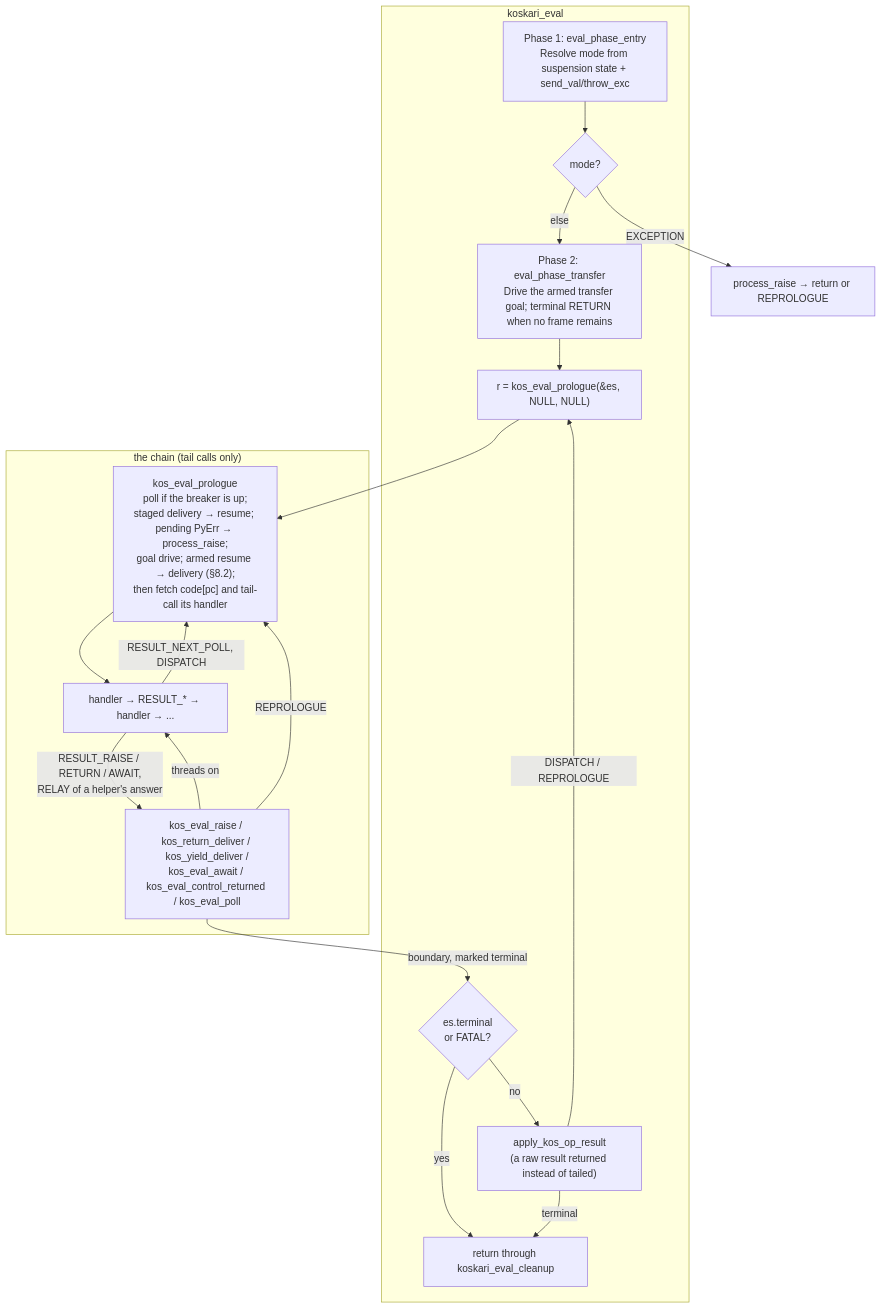
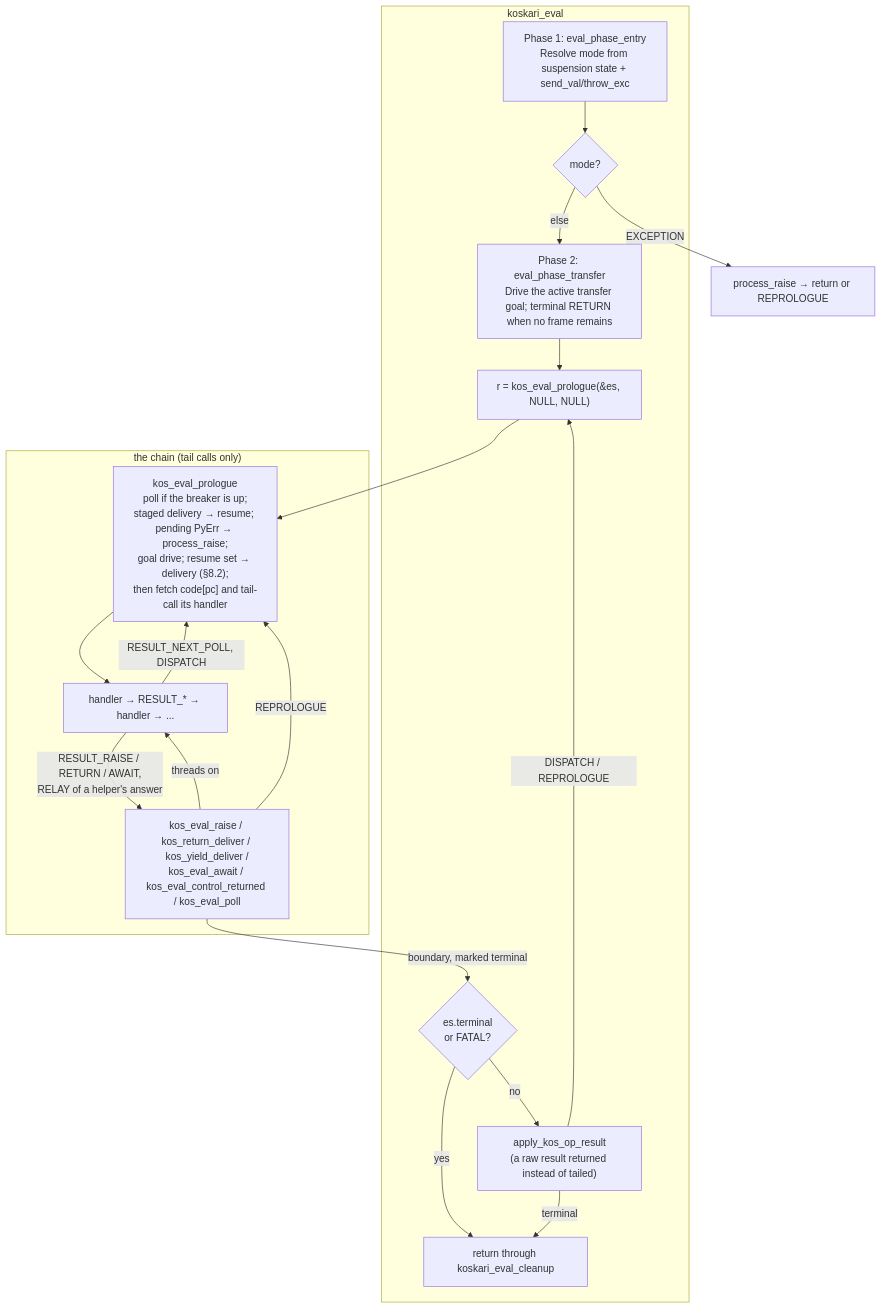
Before and after one commit to koskari-lang/koskari: the first of 12 diagrams in design/EVALUATOR.md, drawn with Mermaid. The commit also changed other lines of this file and 132 other files, not shown here.

````diff
--- a/design/EVALUATOR.md
+++ b/design/EVALUATOR.md
@@ -41,33 +41,33 @@
 ```mermaid
 flowchart TD
     subgraph koskari_eval["koskari_eval"]
         P1["Phase 1: eval_phase_entry<br/>Resolve mode from suspension state + send_val/throw_exc"]
         mode_check{"mode?"}
-        P2["Phase 2: eval_phase_transfer<br/>Drive the armed transfer goal; terminal RETURN when no frame remains"]
+        P2["Phase 2: eval_phase_transfer<br/>Drive the active transfer goal; terminal RETURN when no frame remains"]
         Call["r = kos_eval_prologue(&es, NULL, NULL)"]
         Term{"es.terminal<br/>or FATAL?"}
         Fallback["apply_kos_op_result<br/>(a raw result returned instead of tailed)"]
         Out["return through koskari_eval_cleanup"]
     end
 
     subgraph chain["the chain (tail calls only)"]
-        Pro["kos_eval_prologue<br/>poll if the breaker is up;<br/>staged delivery → resume; pending PyErr → process_raise;<br/>goal drive; armed resume → delivery (§8.2);<br/>then fetch code[pc] and tail-call its handler"]
+        Pro["kos_eval_prologue<br/>poll if the breaker is up;<br/>staged delivery → resume; pending PyErr → process_raise;<br/>goal drive; resume set → delivery (§8.2);<br/>then fetch code[pc] and tail-call its handler"]
         Handlers["handler → RESULT_* → handler → ..."]
         Events["kos_eval_raise / kos_return_deliver / kos_yield_deliver /<br/>kos_eval_await / kos_eval_control_returned / kos_eval_poll"]
     end
 
     P1 --> mode_check
     mode_check -->|"EXCEPTION"| process_raise_1["process_raise → return or REPROLOGUE"]
     mode_check -->|"else"| P2
     P2 --> Call --> Pro
     Pro --> Handlers
     Handlers -->|"RESULT_RAISE / RETURN / AWAIT,<br/>RELAY of a helper's answer"| Events
     Events -->|"threads on"| Handlers
     Events -->|"REPROLOGUE"| Pro
     Handlers -->|"RESULT_NEXT_POLL, DISPATCH"| Pro
     Events -->|"boundary, marked terminal"| Term
     Term -->|yes| Out
     Term -->|no| Fallback
     Fallback -->|"DISPATCH / REPROLOGUE"| Call
     Fallback -->|terminal| Out
 ```
````
